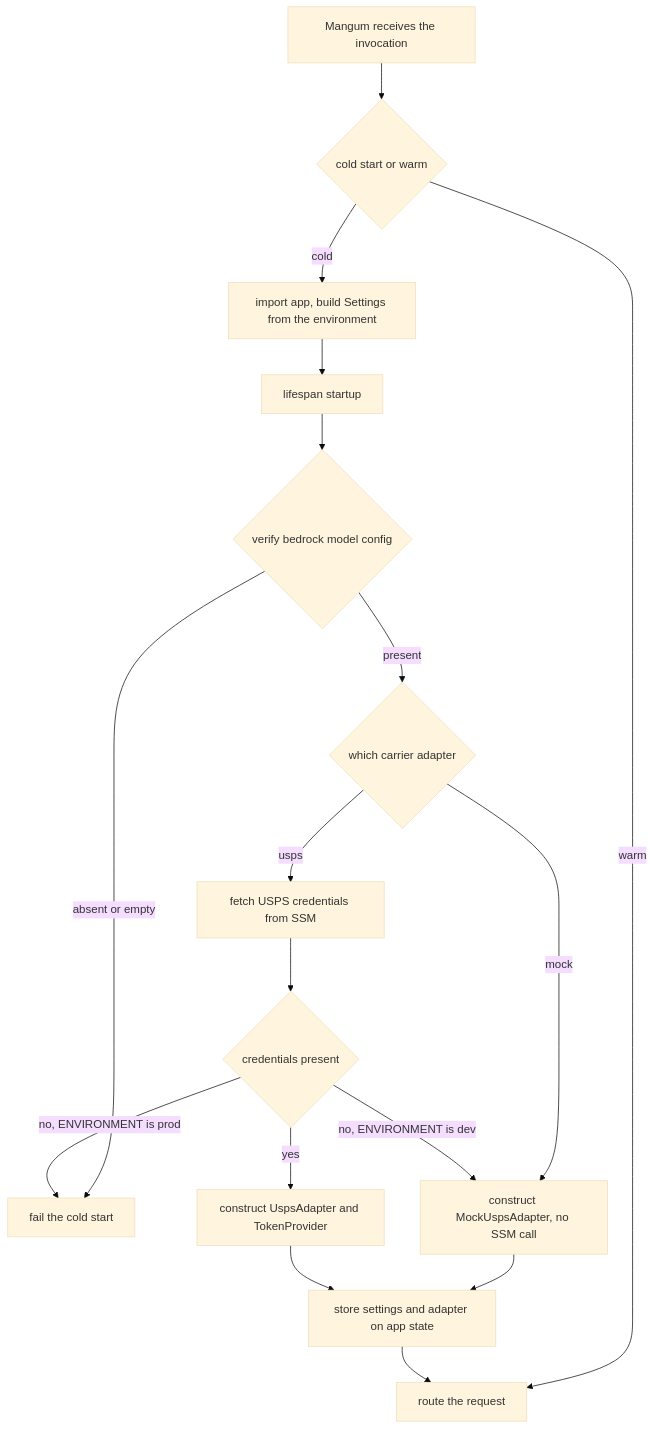
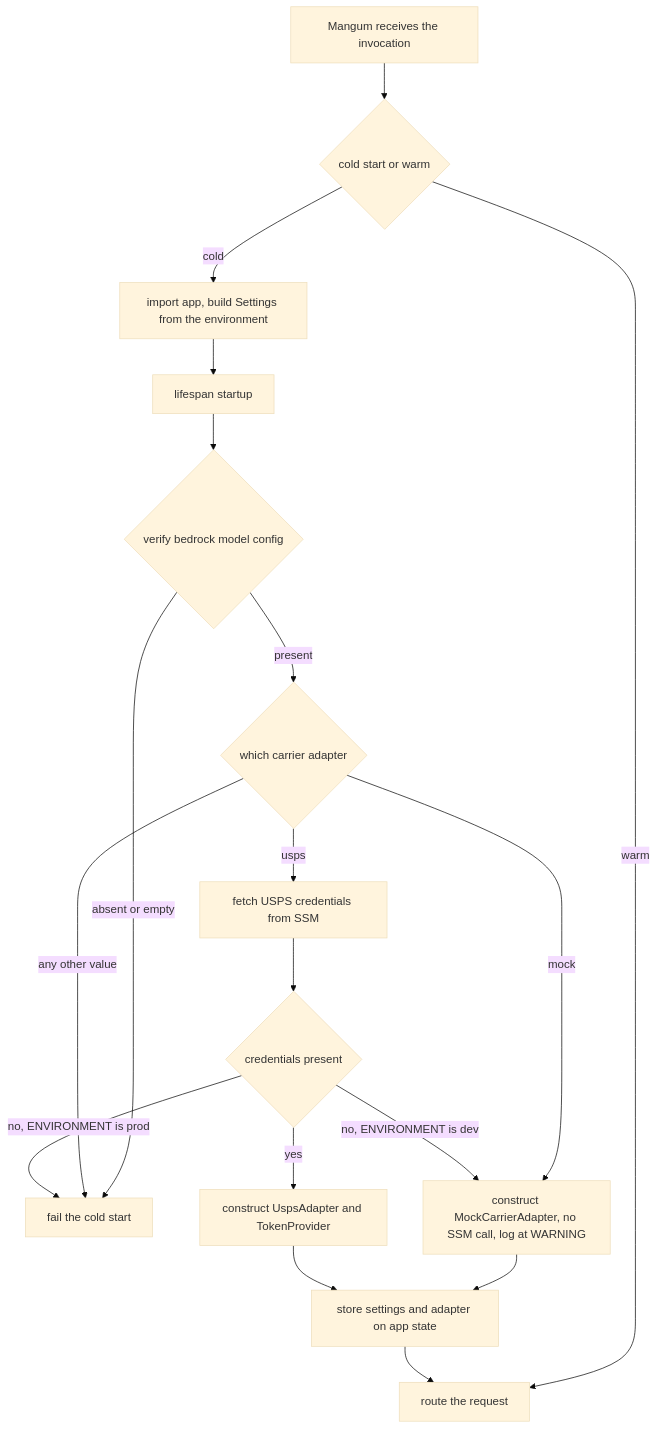
Diagram 14 of 14 in design/boomerang-low-level-design.md (jacklvd/boomerang), drawn with Mermaid (base theme) before and after one commit. The commit also changed other lines of this file and 5 other files, not shown here.

````diff
--- a/design/boomerang-low-level-design.md
+++ b/design/boomerang-low-level-design.md
@@ -1615,19 +1698,20 @@
 ```mermaid
 flowchart TD
     A["Mangum receives the invocation"] --> B{"cold start or warm"}
     B -- "warm" --> G["route the request"]
     B -- "cold" --> C["import app, build Settings from the environment"]
     C --> D["lifespan startup"]
     D --> E{"verify bedrock model config"}
     E -- "absent or empty" --> X
     E -- "present" --> H{"which carrier adapter"}
-    H -- "mock" --> M["construct MockUspsAdapter, no SSM call"]
+    H -- "mock" --> M["construct MockCarrierAdapter, no SSM call, log at WARNING"]
     H -- "usps" --> F["fetch USPS credentials from SSM"]
+    H -- "any other value" --> X
     F --> K{"credentials present"}
     K -- "yes" --> U["construct UspsAdapter and TokenProvider"]
     K -- "no, ENVIRONMENT is prod" --> X["fail the cold start"]
     K -- "no, ENVIRONMENT is dev" --> M
     M --> S["store settings and adapter on app state"]
     U --> S
     S --> G
 ```
````
